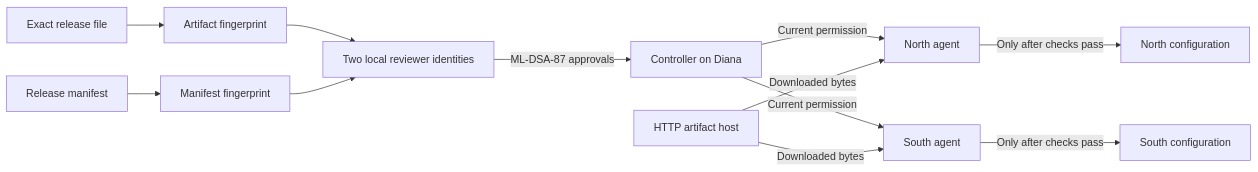
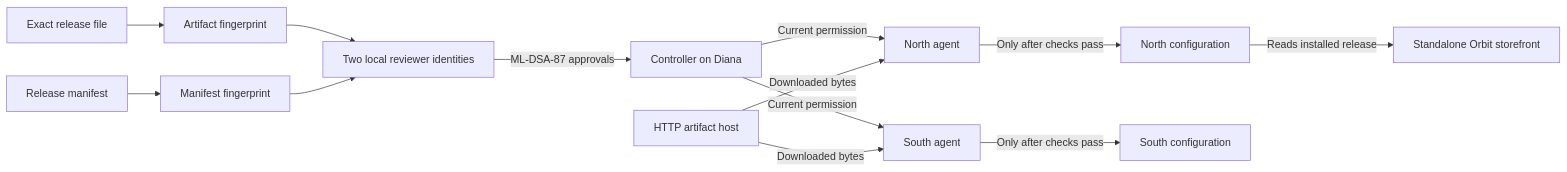
The second of 4 diagrams in README.md (Goodyness-dev/veylith), drawn with Mermaid before and after one commit. The commit also changed other lines of this file and 2 other files, not shown here.

Commit message:
Explain QoreChain release authorization with verified screenshots

````diff
--- a/README.md
+++ b/README.md
@@ -155,14 +202,15 @@
 ```mermaid
 flowchart LR
     A[Exact release file] --> B[Artifact fingerprint]
     M[Release manifest] --> N[Manifest fingerprint]
     B --> R[Two local reviewer identities]
     N --> R
     R -->|ML-DSA-87 approvals| C[Controller on Diana]
     C -->|Current permission| G1[North agent]
     C -->|Current permission| G2[South agent]
     H[HTTP artifact host] -->|Downloaded bytes| G1
     H -->|Downloaded bytes| G2
     G1 -->|Only after checks pass| P1[North configuration]
     G2 -->|Only after checks pass| P2[South configuration]
+    P1 -->|Reads installed release| O[Standalone Orbit storefront]
 ```
````
